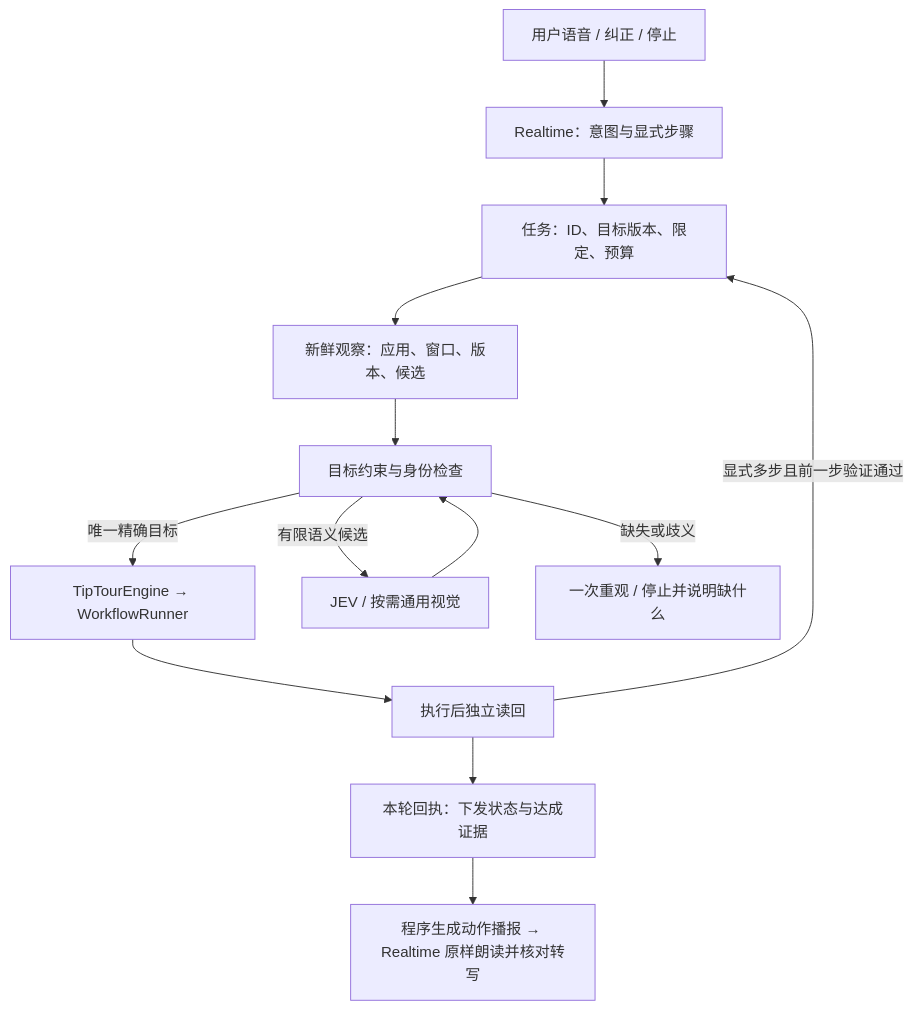
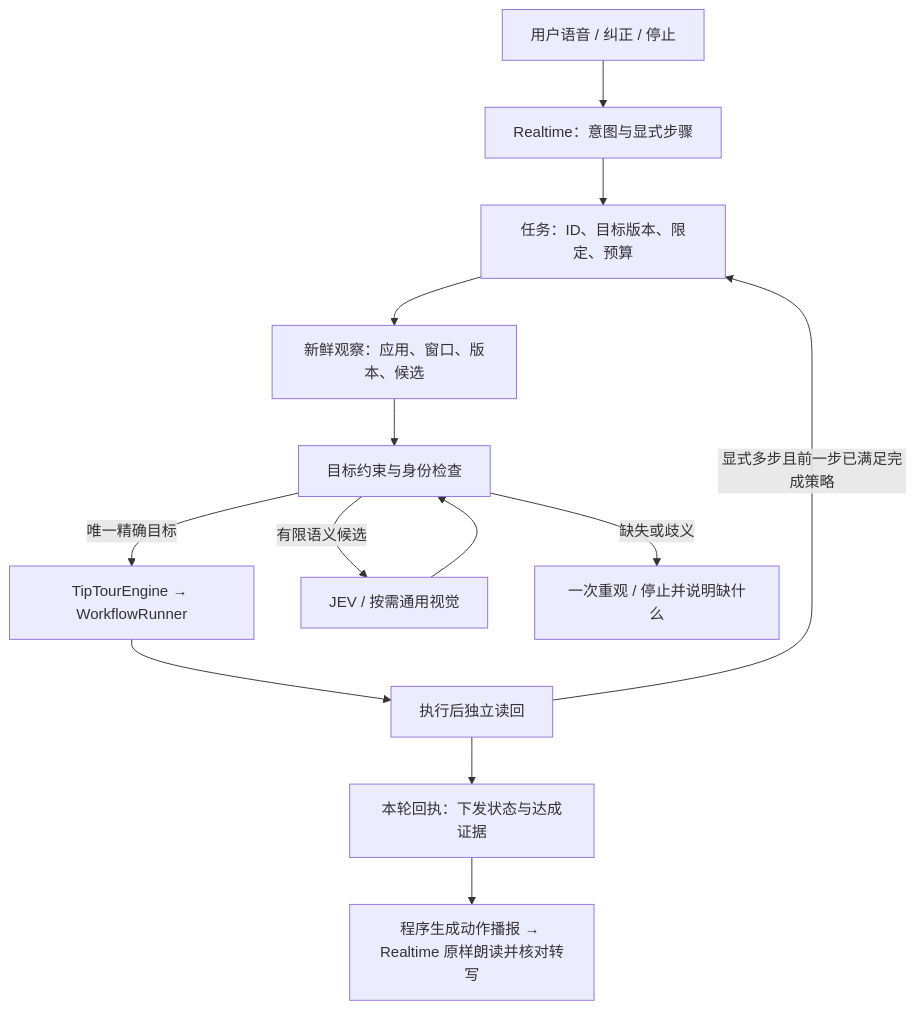
The diagram in docs/development/2026-09-21-trustworthy-desktop-control.md (yishu-ziyu/tiptour-macos), drawn with Mermaid before and after one commit. The commit also changed other lines of this file and 11 other files, not shown here.

````diff
--- a/docs/development/2026-09-21-trustworthy-desktop-control.md
+++ b/docs/development/2026-09-21-trustworthy-desktop-control.md
@@ -26,15 +33,15 @@
 ```mermaid
 flowchart TD
     U[用户语音 / 纠正 / 停止] --> R[Realtime：意图与显式步骤]
     R --> T[任务：ID、目标版本、限定、预算]
     T --> S[新鲜观察：应用、窗口、版本、候选]
     S --> G[目标约束与身份检查]
     G -->|唯一精确目标| E[TipTourEngine → WorkflowRunner]
     G -->|有限语义候选| J[JEV / 按需通用视觉]
     J --> G
     G -->|缺失或歧义| P[一次重观 / 停止并说明缺什么]
     E --> V[执行后独立读回]
     V --> C[本轮回执：下发状态与达成证据]
     C --> A[程序生成动作播报 → Realtime 原样朗读并核对转写]
-    V -->|显式多步且前一步验证通过| T
+    V -->|显式多步且前一步已满足完成策略| T
 ```
````
